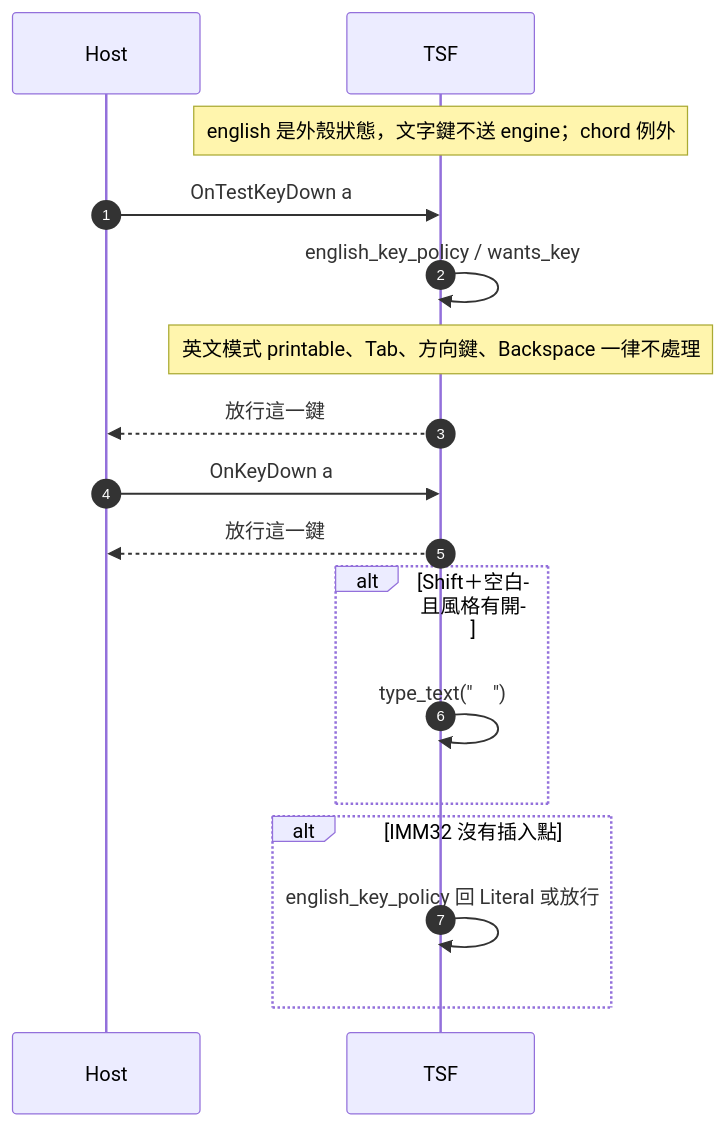
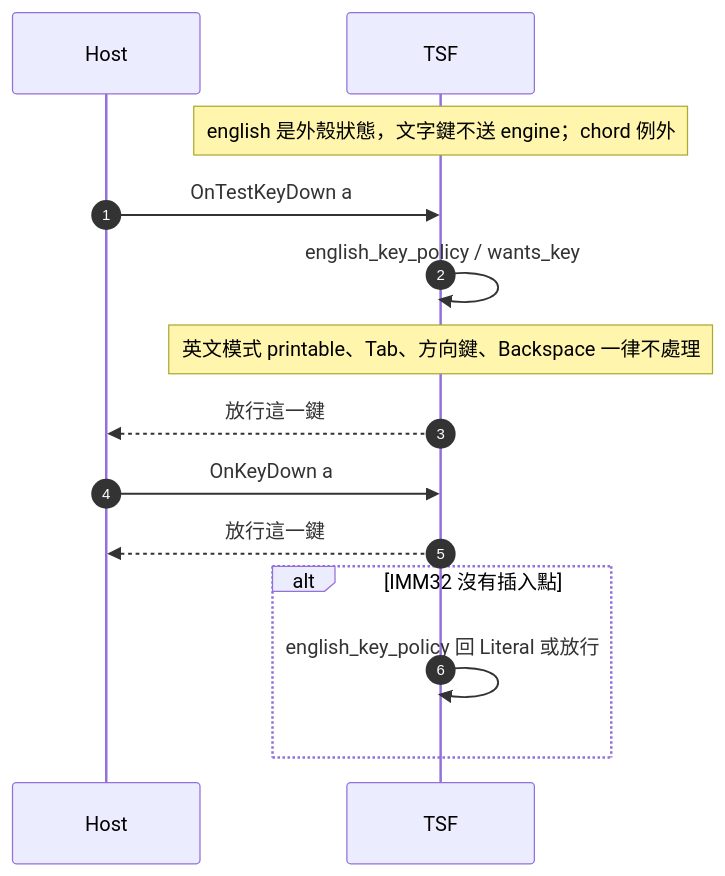
Before and after one commit to jeffpeng3/jc-ime: the fifth of 13 diagrams in docs/port/event-flows.md, drawn with Mermaid. The commit also changed other lines of this file and 5 other files, not shown here.

````diff
--- a/docs/port/event-flows.md
+++ b/docs/port/event-flows.md
@@ -305,23 +305,19 @@
 ```mermaid
 sequenceDiagram
     autonumber
     participant Host
     participant TSF
 
     Note over TSF: english 是外殼狀態，文字鍵不送 engine；chord 例外
     Host->>TSF: OnTestKeyDown a
     TSF->>TSF: english_key_policy / wants_key
     Note over TSF: 英文模式 printable、Tab、方向鍵、Backspace 一律不處理
     TSF-->>Host: 放行這一鍵
 
     Host->>TSF: OnKeyDown a
     TSF-->>Host: 放行這一鍵
 
-    alt Shift＋空白且風格有開
-        TSF->>TSF: type_text("　")
-    end
-
     alt IMM32 沒有插入點
         TSF->>TSF: english_key_policy 回 Literal 或放行
     end
 ```
````
